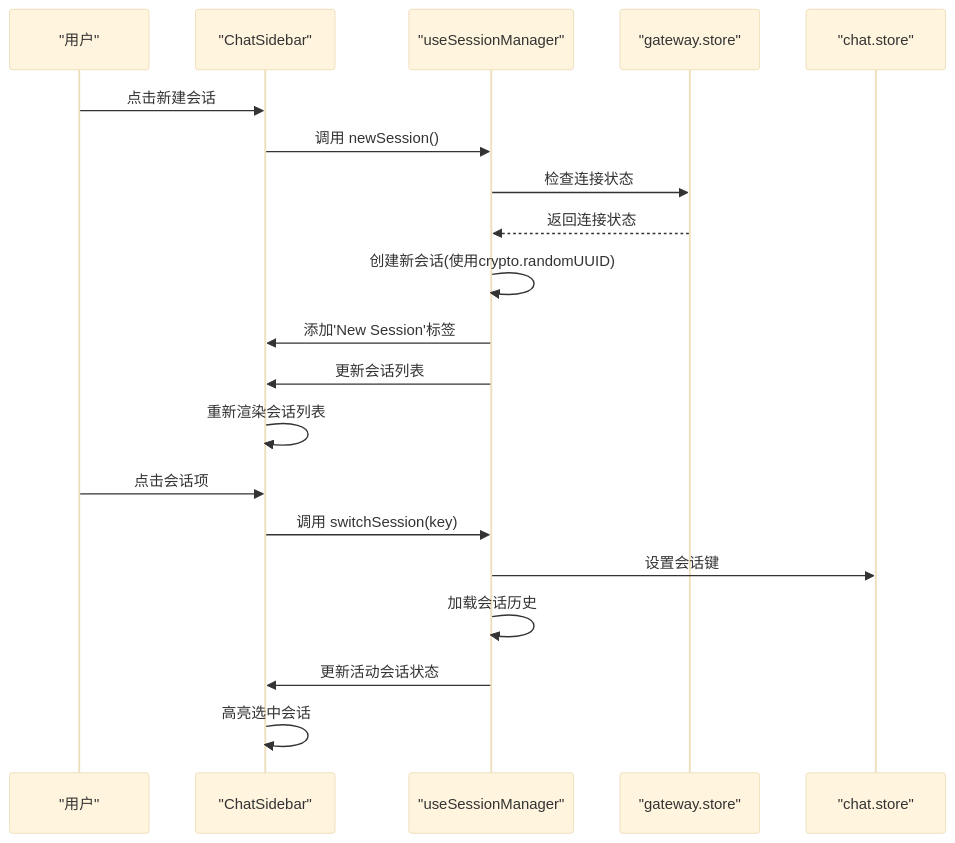
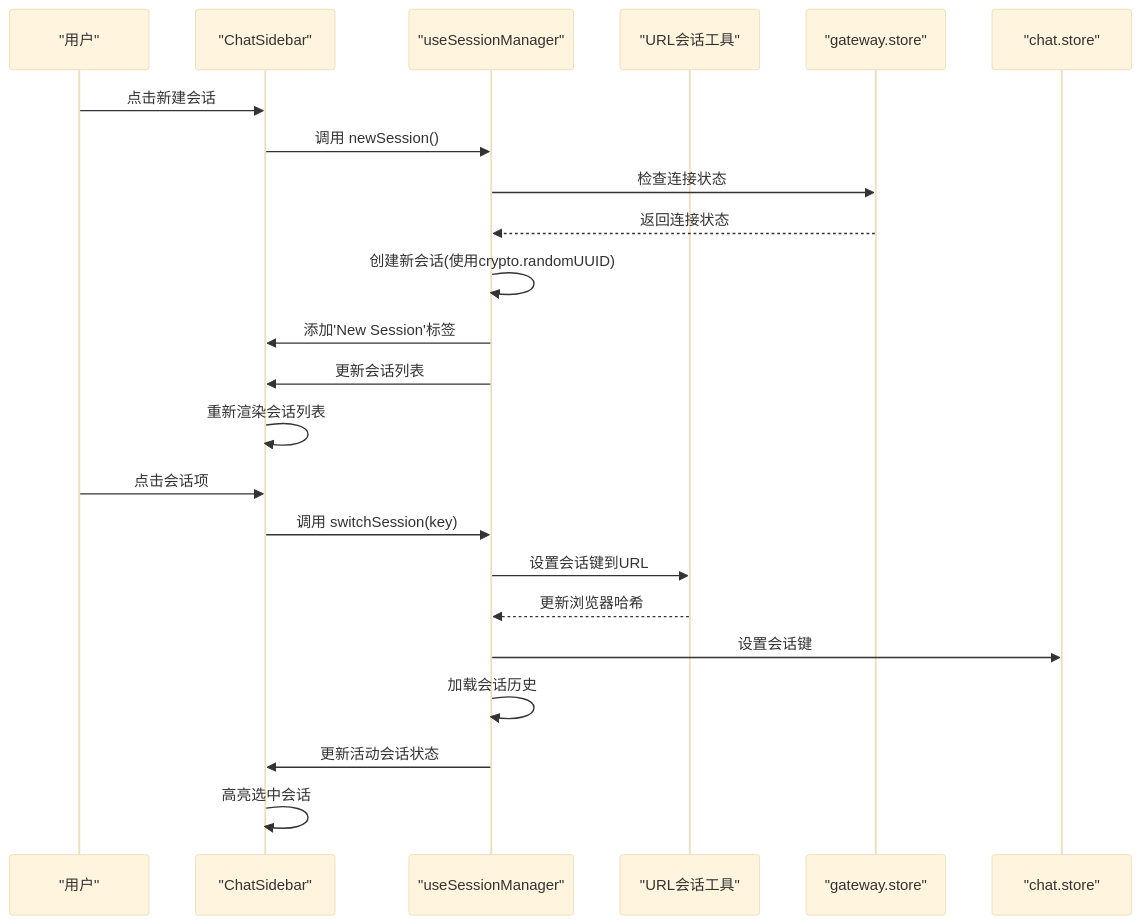
Before and after one commit to verse-ai-org/openclaw: diagram 18 of 20 in .qoder/repowiki/zh/content/核心概念/会话管理.md, drawn with Mermaid (base theme). The commit also changed other lines of this file and 48 other files, not shown here.

````diff
--- a/.qoder/repowiki/zh/content/核心概念/会话管理.md
+++ b/.qoder/repowiki/zh/content/核心概念/会话管理.md
@@ -840,22 +1044,25 @@
 ```mermaid
 sequenceDiagram
 participant User as "用户"
 participant CS as "ChatSidebar"
 participant USM as "useSessionManager"
+participant URL as "URL会话工具"
 participant GS as "gateway.store"
 participant CS2 as "chat.store"
 User->>CS : 点击新建会话
 CS->>USM : 调用 newSession()
 USM->>GS : 检查连接状态
 GS-->>USM : 返回连接状态
 USM->>USM : 创建新会话(使用crypto.randomUUID)
 USM->>CS : 添加'New Session'标签
 USM->>CS : 更新会话列表
 CS->>CS : 重新渲染会话列表
 User->>CS : 点击会话项
 CS->>USM : 调用 switchSession(key)
+USM->>URL : 设置会话键到URL
+URL-->>USM : 更新浏览器哈希
 USM->>CS2 : 设置会话键
 USM->>USM : 加载会话历史
 USM->>CS : 更新活动会话状态
 CS->>CS : 高亮选中会话
 ```
````
